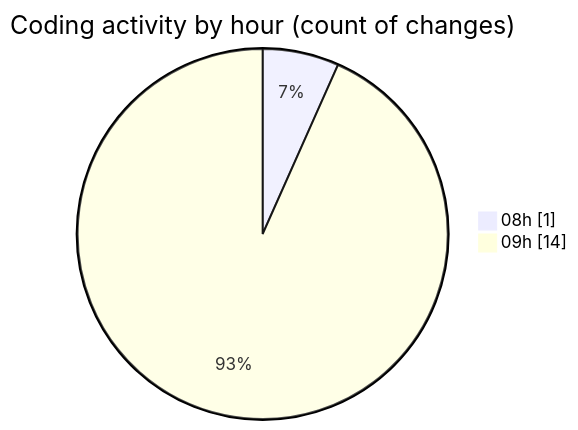
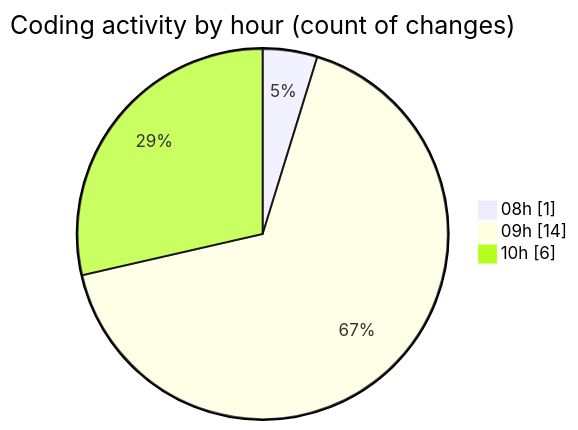
One commit to ricardozamudiocil/code-tracking changed the second of 2 diagrams in 2026-05-20/cilapp/README.md. Above: the diagram before and after it, drawn with Mermaid. The commit also changed other lines of this file and 1 other file, not shown here.

````diff
--- a/2026-05-20/cilapp/README.md
+++ b/2026-05-20/cilapp/README.md
@@ -32,6 +32,7 @@
 ```mermaid
 pie showData
 title Coding activity by hour (count of changes)
 "08h" : 1
 "09h" : 14
+"10h" : 6
 ```
````
